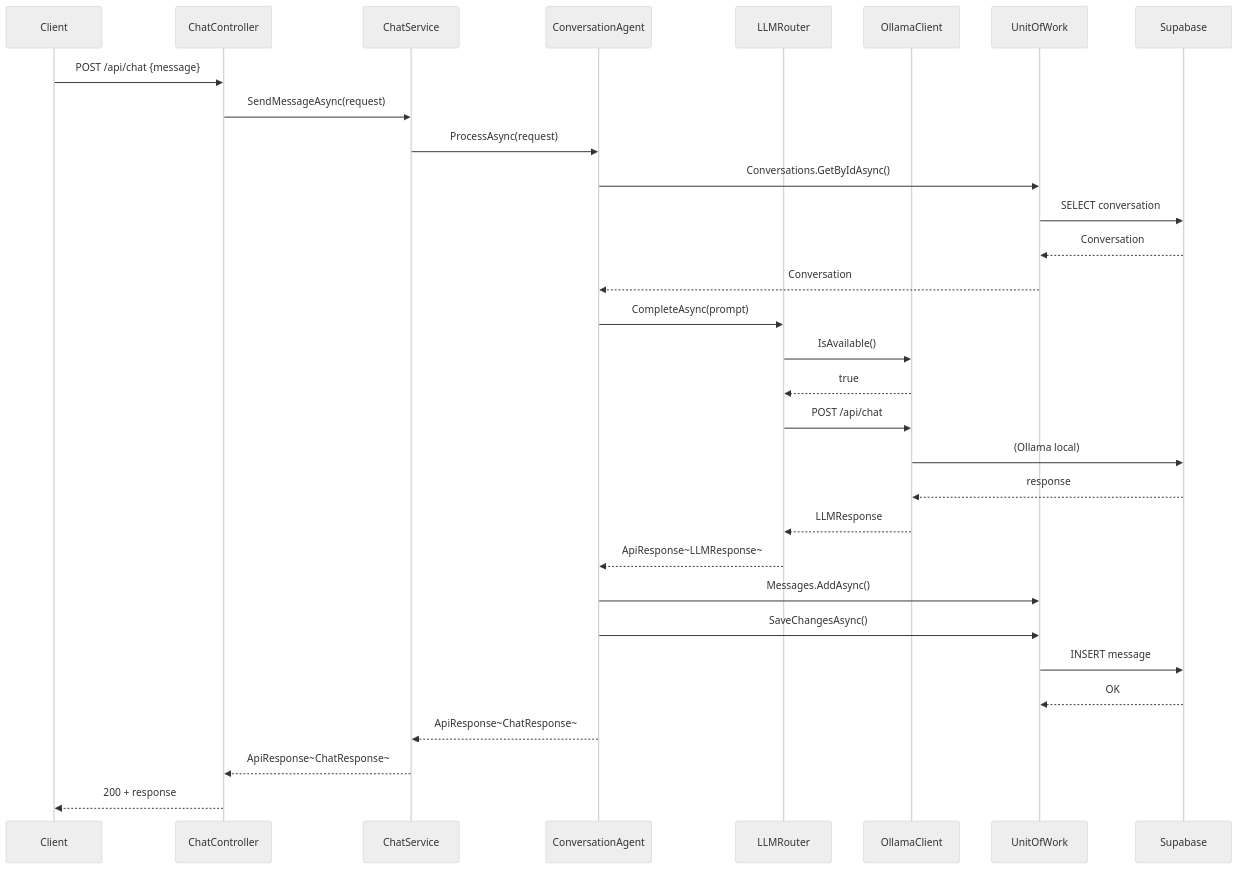
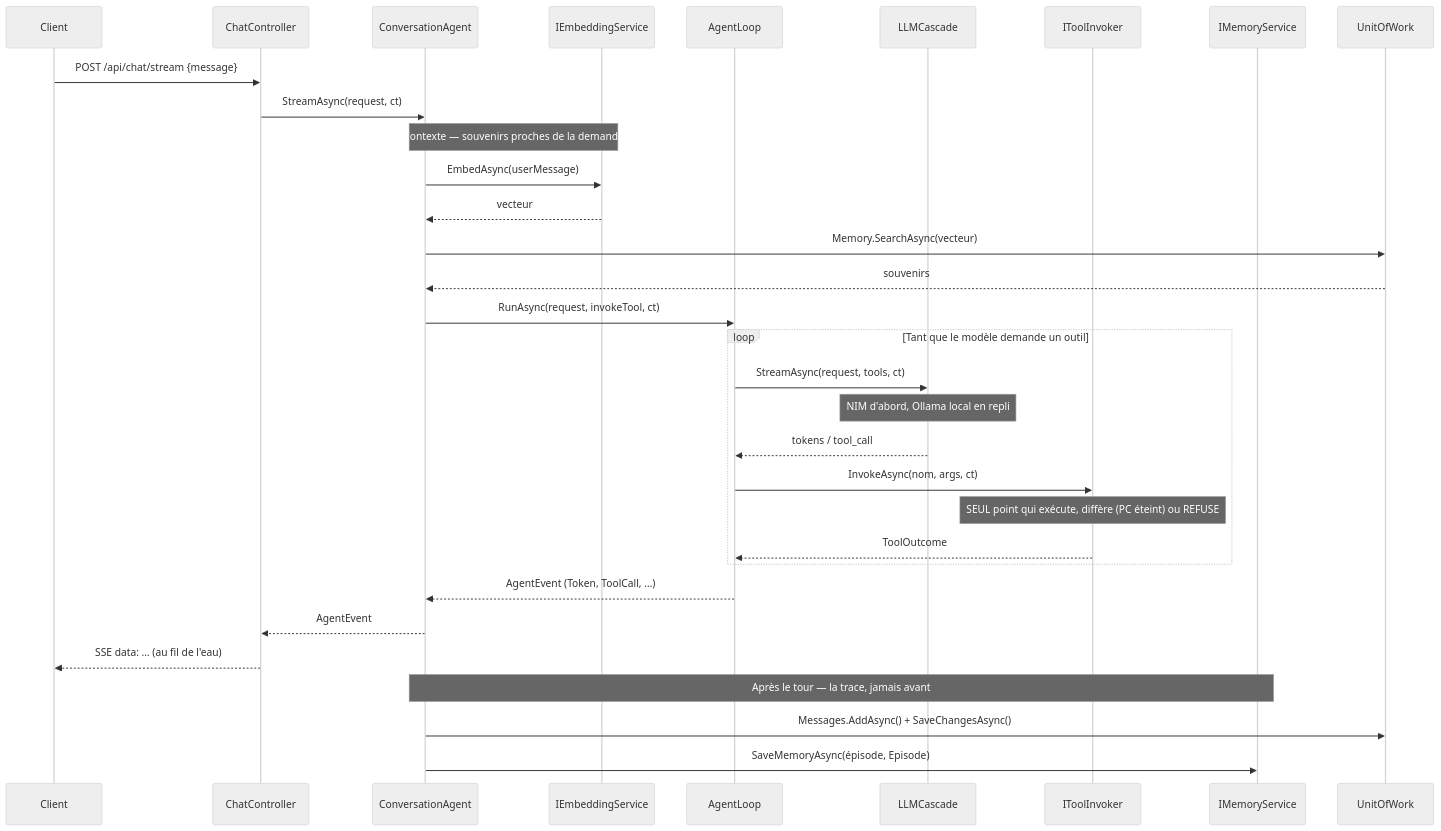
Before and after one commit to HexaNexus28/Orion: the first of 2 diagrams in docs/architecture/03-flow-architecture.md, drawn with Mermaid (neutral theme). The commit also changed other lines of this file and 17 other files, not shown here.

````diff
--- a/docs/architecture/03-flow-architecture.md
+++ b/docs/architecture/03-flow-architecture.md
@@ -5,39 +9,40 @@
 ```mermaid
 sequenceDiagram
     participant Client
     participant ChatController
-    participant ChatService
     participant ConversationAgent
-    participant LLMRouter
-    participant OllamaClient
+    participant IEmbeddingService
+    participant AgentLoop
+    participant LLMCascade
+    participant IToolInvoker
+    participant IMemoryService
     participant UnitOfWork
-    participant Supabase
 
-    Client->>ChatController: POST /api/chat {message}
-    ChatController->>ChatService: SendMessageAsync(request)
-    ChatService->>ConversationAgent: ProcessAsync(request)
-    
-    ConversationAgent->>UnitOfWork: Conversations.GetByIdAsync()
-    UnitOfWork->>Supabase: SELECT conversation
-    Supabase-->>UnitOfWork: Conversation
-    UnitOfWork-->>ConversationAgent: Conversation
-    
-    ConversationAgent->>LLMRouter: CompleteAsync(prompt)
-    LLMRouter->>OllamaClient: IsAvailable()
-    OllamaClient-->>LLMRouter: true
-    
-    LLMRouter->>OllamaClient: POST /api/chat
-    OllamaClient->>Supabase: (Ollama local)
-    Supabase-->>OllamaClient: response
-    OllamaClient-->>LLMRouter: LLMResponse
-    LLMRouter-->>ConversationAgent: ApiResponse~LLMResponse~
-    
-    ConversationAgent->>UnitOfWork: Messages.AddAsync()
-    ConversationAgent->>UnitOfWork: SaveChangesAsync()
-    UnitOfWork->>Supabase: INSERT message
-    Supabase-->>UnitOfWork: OK
-    
-    ConversationAgent-->>ChatService: ApiResponse~ChatResponse~
-    ChatService-->>ChatController: ApiResponse~ChatResponse~
-    ChatController-->>Client: 200 + response
+    Client->>ChatController: POST /api/chat/stream {message}
+    ChatController->>ConversationAgent: StreamAsync(request, ct)
+
+    Note over ConversationAgent,IEmbeddingService: Contexte — souvenirs proches de la demande
+    ConversationAgent->>IEmbeddingService: EmbedAsync(userMessage)
+    IEmbeddingService-->>ConversationAgent: vecteur
+    ConversationAgent->>UnitOfWork: Memory.SearchAsync(vecteur)
+    UnitOfWork-->>ConversationAgent: souvenirs
+
+    ConversationAgent->>AgentLoop: RunAsync(request, invokeTool, ct)
+
+    loop Tant que le modèle demande un outil
+        AgentLoop->>LLMCascade: StreamAsync(request, tools, ct)
+        Note over LLMCascade: NIM d'abord, Ollama local en repli
+        LLMCascade-->>AgentLoop: tokens / tool_call
+        AgentLoop->>IToolInvoker: InvokeAsync(nom, args, ct)
+        Note over IToolInvoker: SEUL point qui exécute, diffère (PC éteint) ou REFUSE
+        IToolInvoker-->>AgentLoop: ToolOutcome
+    end
+
+    AgentLoop-->>ConversationAgent: AgentEvent (Token, ToolCall, …)
+    ConversationAgent-->>ChatController: AgentEvent
+    ChatController-->>Client: SSE data: … (au fil de l'eau)
+
+    Note over ConversationAgent,IMemoryService: Après le tour — la trace, jamais avant
+    ConversationAgent->>UnitOfWork: Messages.AddAsync() + SaveChangesAsync()
+    ConversationAgent->>IMemoryService: SaveMemoryAsync(épisode, Episode)
 ```
````
